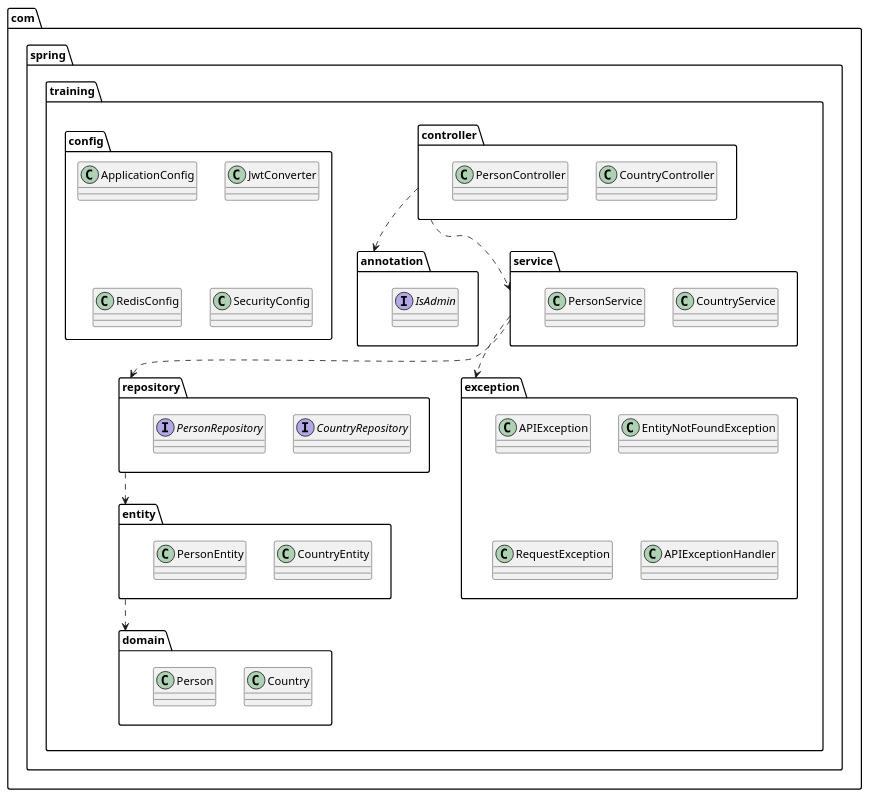
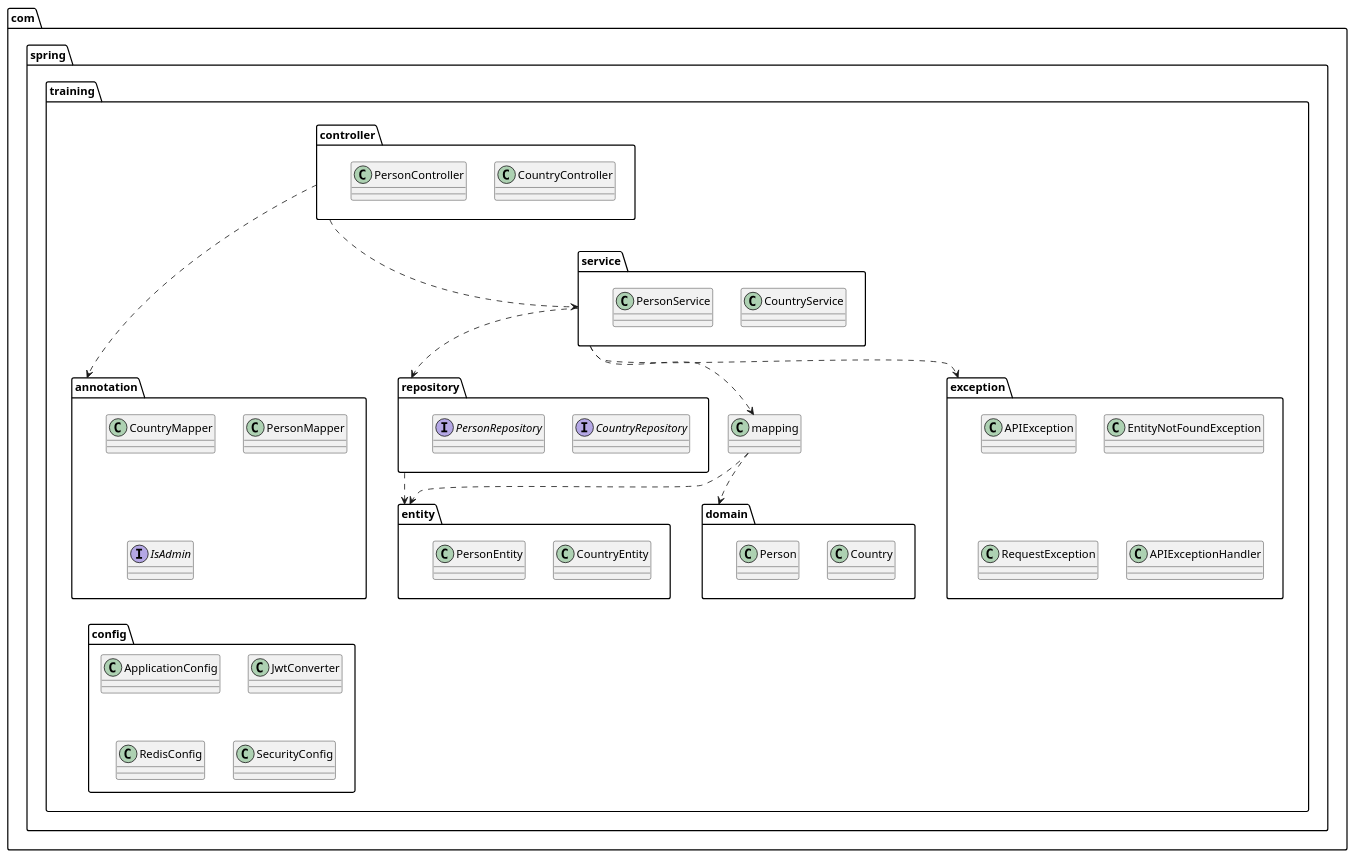
Before and after one commit to laminba2003/spring-rest-services: the first of 5 diagrams in src/main/asciidoc/index.adoc, drawn with PlantUML. The commit also changed other lines of this file, not shown here.

Commit message:
improvements

```diff
--- a/src/main/asciidoc/index.adoc
+++ b/src/main/asciidoc/index.adoc
@@ -26,55 +26,62 @@
 [plantuml, Package-diagram, png]
 ----
 
 package com.spring.training.domain {
     class Country
     class Person
 }
 
 package com.spring.training.entity {
     class CountryEntity
     class PersonEntity
+}
+
+package com.spring.training.annotation {
+    class CountryMapper
+    class PersonMapper
 }
 
 package com.spring.training.repository {
     interface CountryRepository
     interface PersonRepository
 }
 
 package com.spring.training.exception {
     class APIException
     class EntityNotFoundException
     class RequestException
     class APIExceptionHandler
 }
 
 package com.spring.training.service {
     class CountryService
     class PersonService
 }
 
 package com.spring.training.controller {
     class CountryController
     class PersonController
 }
 
 package com.spring.training.config {
     class ApplicationConfig
     class JwtConverter
     class RedisConfig
     class SecurityConfig
 }
 
 
 package com.spring.training.annotation {
     interface IsAdmin
 }
 
-com.spring.training.entity ..> com.spring.training.domain
+com.spring.training.mapping ..> com.spring.training.domain
+com.spring.training.mapping ..> com.spring.training.entity
 com.spring.training.repository ..> com.spring.training.entity
 com.spring.training.service ..> com.spring.training.repository
 com.spring.training.service ..> com.spring.training.exception
+com.spring.training.service ..> com.spring.training.mapping
 com.spring.training.controller ..> com.spring.training.service
 com.spring.training.controller ..> com.spring.training.annotation
 
 ----
```
